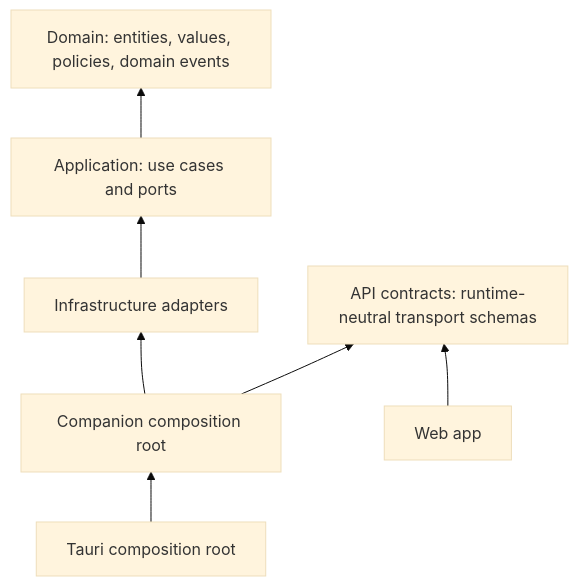
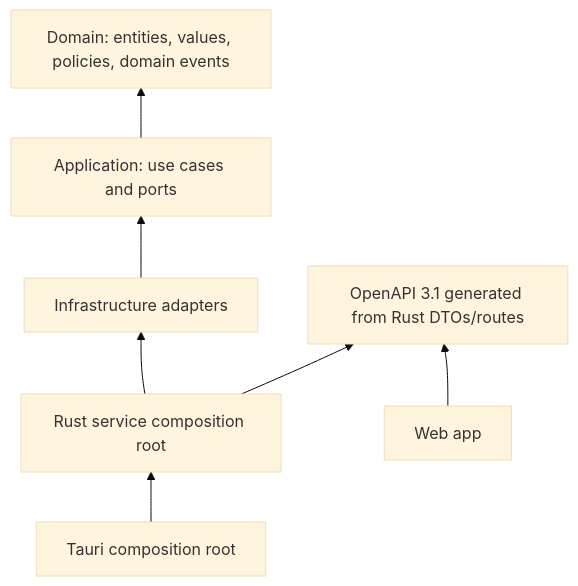
The sixth of 10 diagrams in docs/04-technical-specification.md (xavierroma/tan-studio), drawn with Mermaid (base theme) before and after one commit. The commit also changed other lines of this file and 34 other files, not shown here.

````diff
--- a/docs/04-technical-specification.md
+++ b/docs/04-technical-specification.md
@@ -235,11 +231,11 @@
 ```mermaid
 flowchart BT
     Domain["Domain: entities, values, policies, domain events"]
     Application["Application: use cases and ports"] --> Domain
-    Contracts["API contracts: runtime-neutral transport schemas"]
+    Contracts["OpenAPI 3.1 generated from Rust DTOs/routes"]
     Infrastructure["Infrastructure adapters"] --> Application
-    Companion["Companion composition root"] --> Infrastructure
+    Companion["Rust service composition root"] --> Infrastructure
     Companion --> Contracts
     Web["Web app"] --> Contracts
     Desktop["Tauri composition root"] --> Companion
 ```
````
